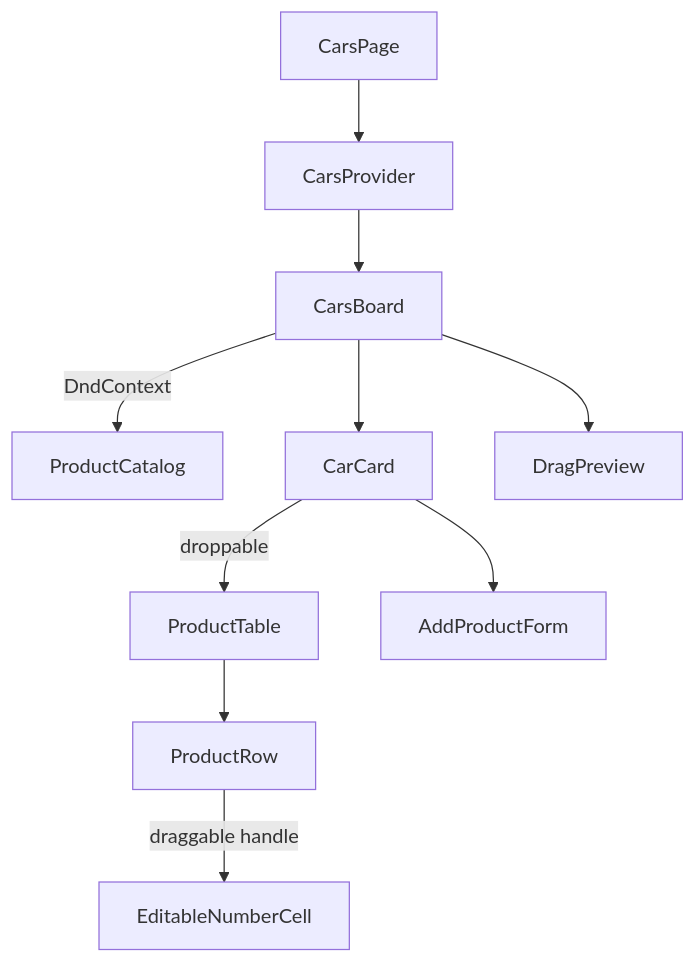
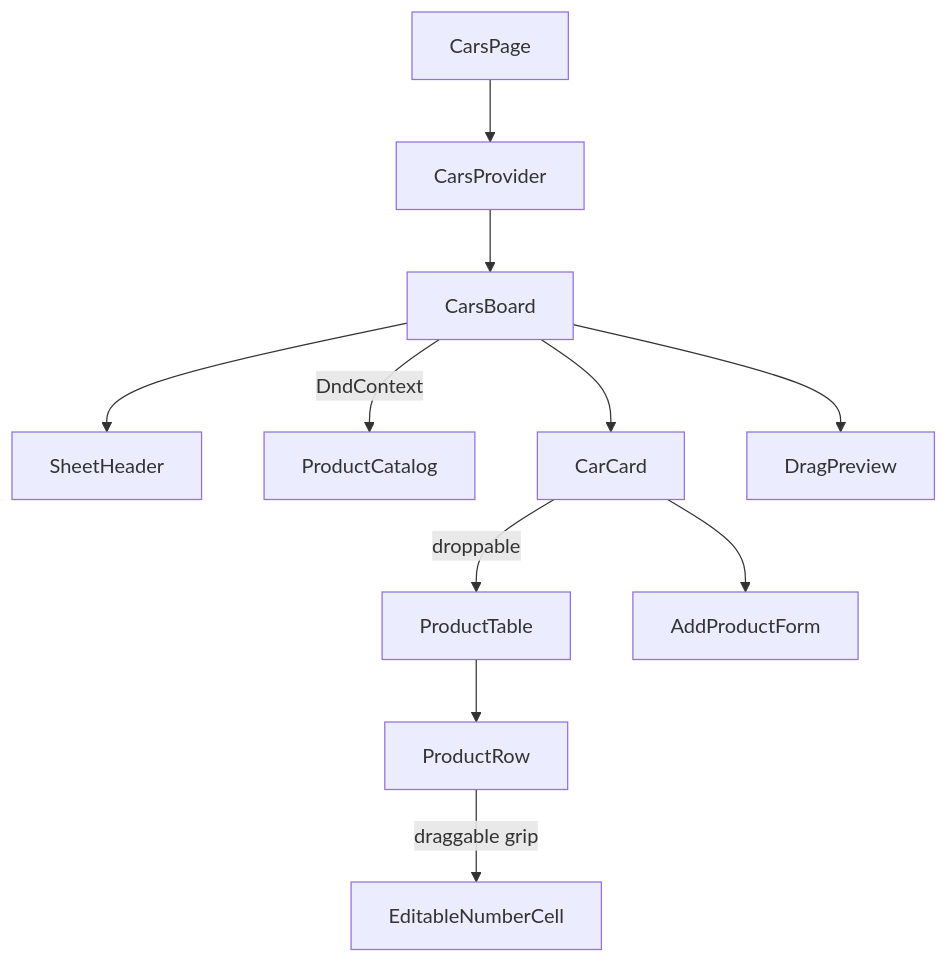
One commit to Redolid/egic-assignment changed the first of 2 diagrams in docs/task-1-cars-products.md. Above: the diagram before and after it, drawn with Mermaid. The commit also changed other lines of this file and 64 other files, not shown here.

````diff
--- a/docs/task-1-cars-products.md
+++ b/docs/task-1-cars-products.md
@@ -22,12 +54,13 @@
 ```mermaid
 graph TD
   CarsPage --> CarsProvider
   CarsProvider --> CarsBoard
+  CarsBoard --> SheetHeader
   CarsBoard -->|DndContext| ProductCatalog
   CarsBoard --> CarCard
   CarsBoard --> DragPreview
   CarCard -->|droppable| ProductTable
   CarCard --> AddProductForm
   ProductTable --> ProductRow
-  ProductRow -->|draggable handle| EditableNumberCell
+  ProductRow -->|draggable grip| EditableNumberCell
 ```
````
